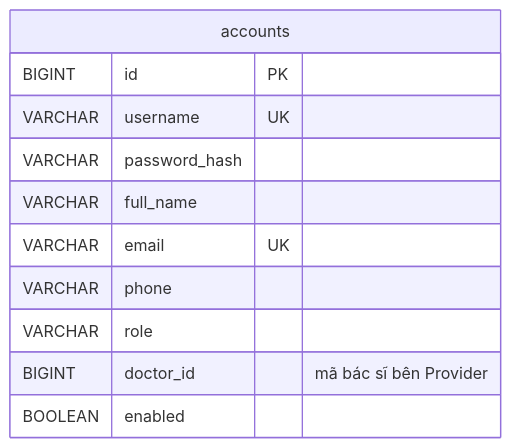
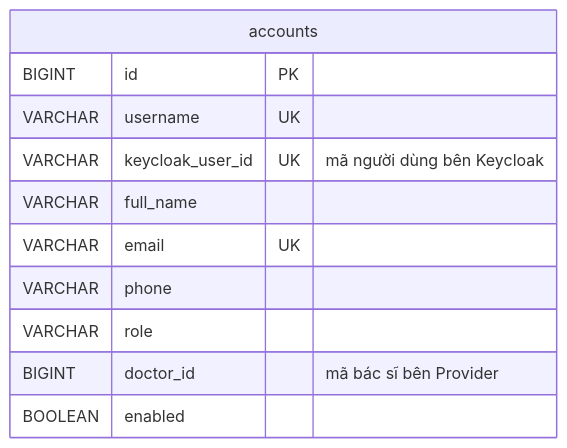
The second of 5 diagrams in docs/03-thiet-ke-csdl.md (ThaddeusLap226214/dat-lich-kham), drawn with Mermaid before and after one commit. The commit also changed other lines of this file and 4 other files, not shown here.

````diff
--- a/docs/03-thiet-ke-csdl.md
+++ b/docs/03-thiet-ke-csdl.md
@@ -78,14 +78,14 @@
 ```mermaid
 erDiagram
     accounts {
         BIGINT id PK
         VARCHAR username UK
-        VARCHAR password_hash
+        VARCHAR keycloak_user_id UK "mã người dùng bên Keycloak"
         VARCHAR full_name
         VARCHAR email UK
         VARCHAR phone
         VARCHAR role
         BIGINT doctor_id "mã bác sĩ bên Provider"
         BOOLEAN enabled
     }
 ```
````
